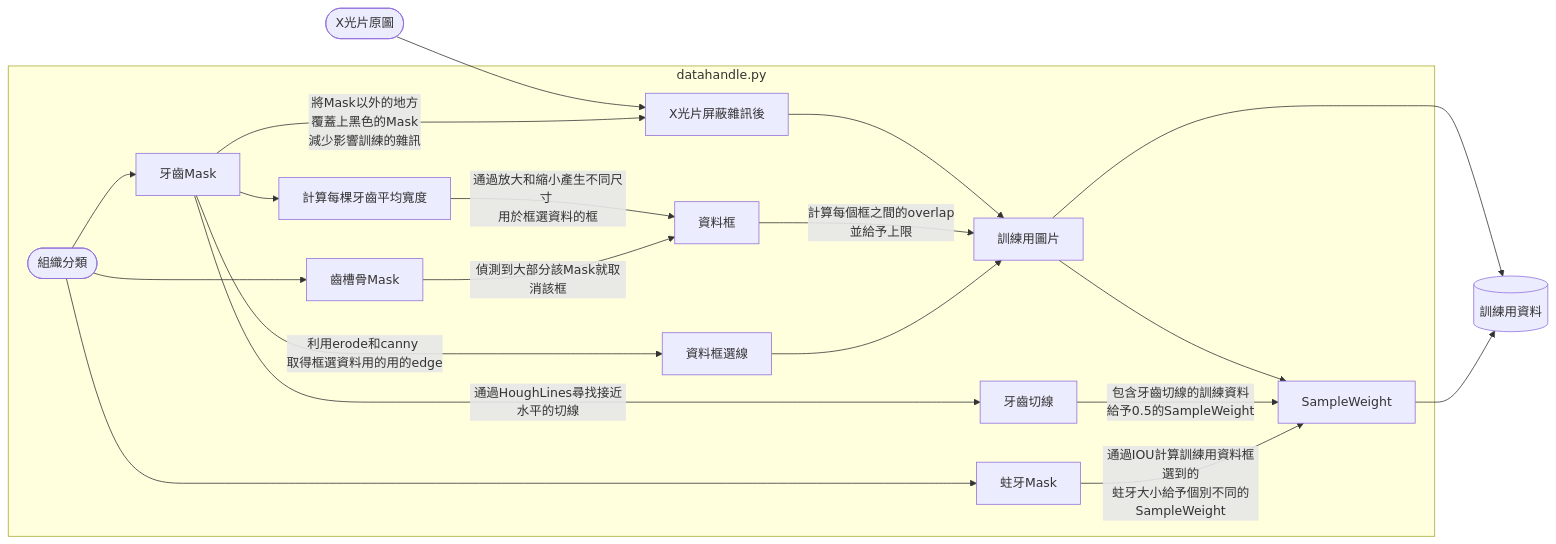
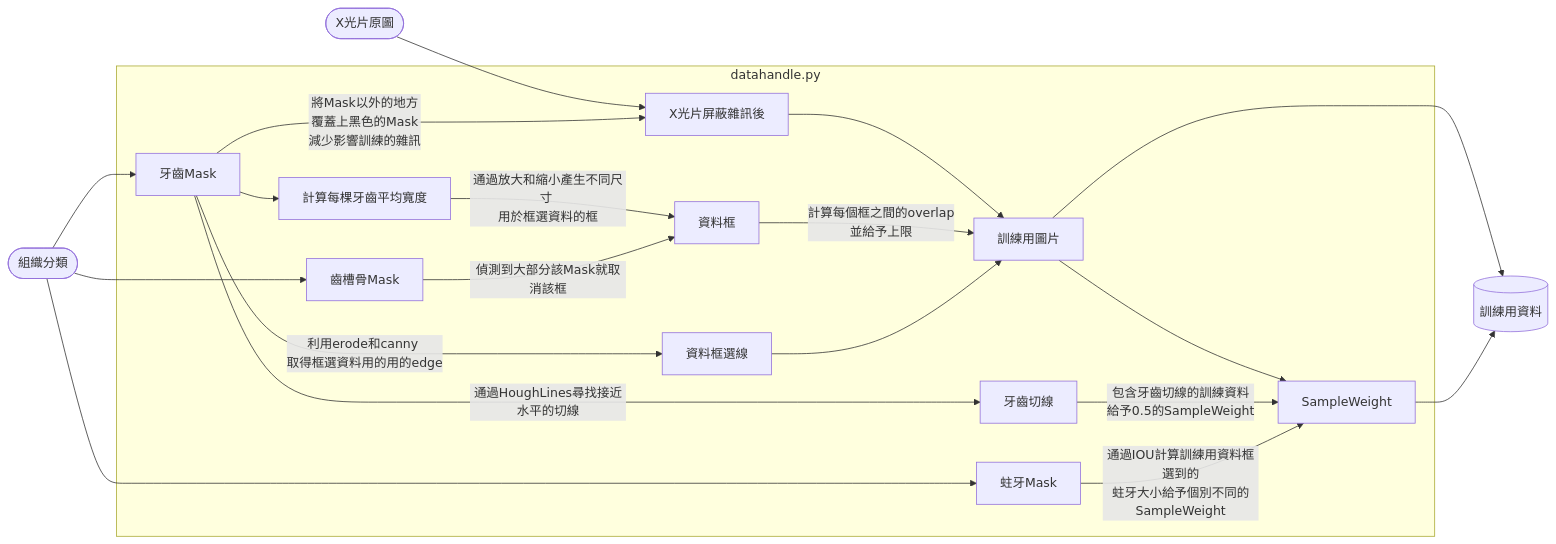
One commit to JasonYeongg/CariesDetection changed the diagram in Edge Frame Detection/README.md. Above: the diagram before and after it, drawn with Mermaid. The commit also changed other lines of this file, not shown here.

````diff
--- a/Edge Frame Detection/README.md
+++ b/Edge Frame Detection/README.md
@@ -63,23 +63,23 @@
 ```mermaid
 flowchart LR
 A([X光片原圖]) --> F[X光片屏蔽雜訊後]
 B([組織分類]) --> C[牙齒Mask]
-subgraph datahandle.py
 B --> D[蛀牙Mask]
 B --> E[齒槽骨Mask]
+subgraph datahandle.py
 C --> G[計算每棵牙齒平均寬度]
 C -->|將Mask以外的地方 \n覆蓋上黑色的Mask \n減少影響訓練的雜訊| F
 C -->|利用erode和canny \n取得框選資料用的用的edge| H[資料框選線]
 G -->|通過放大和縮小產生不同尺寸 \n用於框選資料的框| I[資料框]
 E -->|偵測到大部分該Mask就取消該框| I
 F --> J[訓練用圖片]
 I -->|計算每個框之間的overlap\n並給予上限| J
 H --> J
 C -->|通過HoughLines尋找接近水平的切線| K[牙齒切線]
 J --> L[SampleWeight]
 K -->|包含牙齒切線的訓練資料\n給予0.5的SampleWeight| L
 D -->|通過IOU計算訓練用資料框選到的\n蛀牙大小給予個別不同的SampleWeight| L
 end
 J --> M[(訓練用資料)]
 L --> M
 ```
````
